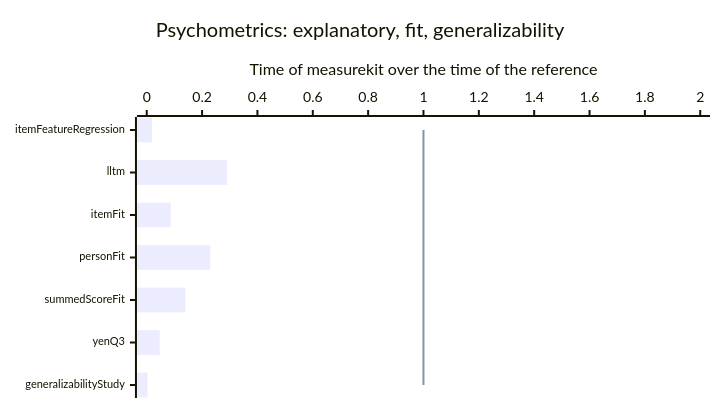
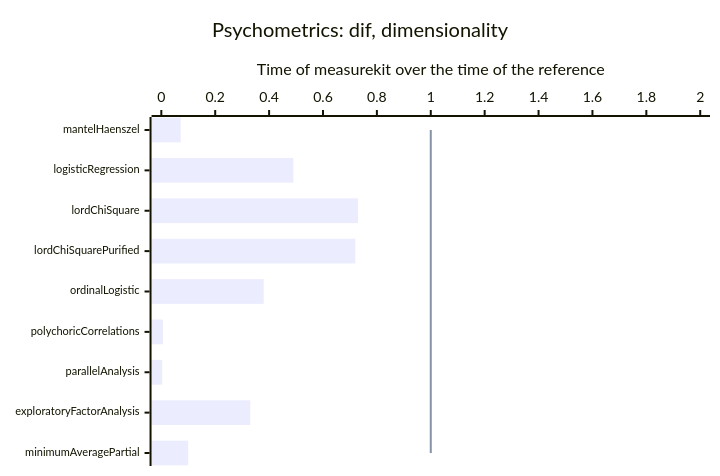
The fifth of 12 diagrams in docs/performance.md (measurekit/measurekit), drawn with Mermaid before and after one commit. The commit also changed other lines of this file and 2 other files, not shown here.

````diff
--- a/docs/performance.md
+++ b/docs/performance.md
@@ -53,9 +53,9 @@
 ```mermaid
-%%{init: {"xyChart": {"height": 388, "xAxis": {"labelFontSize": 11}}}}%%
+%%{init: {"xyChart": {"height": 456, "xAxis": {"labelFontSize": 11}}}}%%
 xychart-beta horizontal
-  title "Psychometrics: explanatory, fit, generalizability"
-  x-axis ["itemFeatureRegression", "lltm", "itemFit", "personFit", "summedScoreFit", "yenQ3", "generalizabilityStudy"]
+  title "Psychometrics: dif, dimensionality"
+  x-axis ["mantelHaenszel", "logisticRegression", "lordChiSquare", "lordChiSquarePurified", "ordinalLogistic", "polychoricCorrelations", "parallelAnalysis", "exploratoryFactorAnalysis", "minimumAveragePartial"]
   y-axis "Time of measurekit over the time of the reference" 0 --> 2
-  bar [0.019, 0.29, 0.087, 0.23, 0.14, 0.047, 0.0028]
-  line [1, 1, 1, 1, 1, 1, 1]
+  bar [0.072, 0.49, 0.73, 0.72, 0.38, 0.0064, 0.0032, 0.33, 0.1]
+  line [1, 1, 1, 1, 1, 1, 1, 1, 1]
 ```
````
